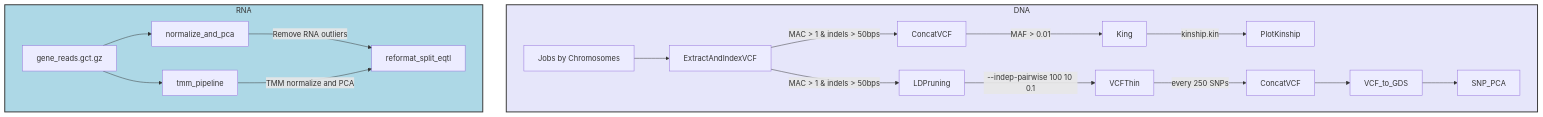
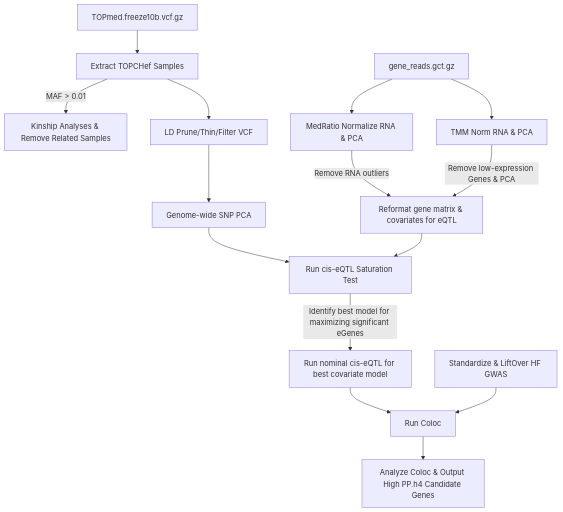
The diagram in README.md (connor122721/nf-eqtls), drawn with Mermaid before and after one commit. The commit also changed other lines of this file and 9 other files, not shown here.

````diff
--- a/README.md
+++ b/README.md
@@ -11,23 +11,17 @@
 ```mermaid
 graph TD
-    subgraph DNA
-        style DNA fill:lavender,stroke:#333,stroke-width:2px,font-size:16px
-        A[Jobs by Chromosomes] --> B[ExtractAndIndexVCF]
-        B --> |MAC > 1 & indels > 50bps| C[ConcatVCF]
-        C --> |MAF > 0.01| D[King]
-        D --> |kinship.kin| E[PlotKinship]
-        B -->  |MAC > 1 & indels > 50bps| F[LDPruning]
-        F -->  |--indep-pairwise 100 10 0.1| G[VCFThin]
-        G --> |every 250 SNPs| H[ConcatVCF]
-        H --> I[VCF_to_GDS]
-        I --> J[SNP_PCA]
-    end
-
-    subgraph RNA
-        style RNA fill:lightblue,stroke:#333,stroke-width:2px,font-size:16px
-        AA[gene_reads.gct.gz] --> K[normalize_and_pca]
-        K --> |Remove RNA outliers| N[reformat_split_eqtl]
-        M[tmm_pipeline] --> |TMM normalize and PCA| N
+        A[TOPmed.freeze10b.vcf.gz] --> B[Extract TOPCHef Samples]
+        B --> |MAF > 0.01| D[Kinship Analyses & Remove Related Samples]
+        B --> G[LD Prune/Thin/Filter VCF]
+        G --> J[Genome-wide SNP PCA]
+        AA[gene_reads.gct.gz] --> K[MedRatio Normalize RNA & PCA]
         AA --> M
-    end
+        K --> |Remove RNA outliers| N[Reformat gene matrix & covariates for eQTL]
+        M[TMM Norm RNA & PCA] --> |Remove low-expression Genes & PCA| N
+        N --> nn[Run cis-eQTL Saturation Test]
+        J --> nn
+        nn --> |Identify best model for maximizing significant eGenes| jj[Run nominal cis-eQTL for best covariate model]
+        jj --> P
+        O[Standardize & LiftOver HF GWAS] --> P[Run Coloc]
+        P --> Q[Analyze Coloc & Output High PP.h4 Candidate Genes]
 ```
````
